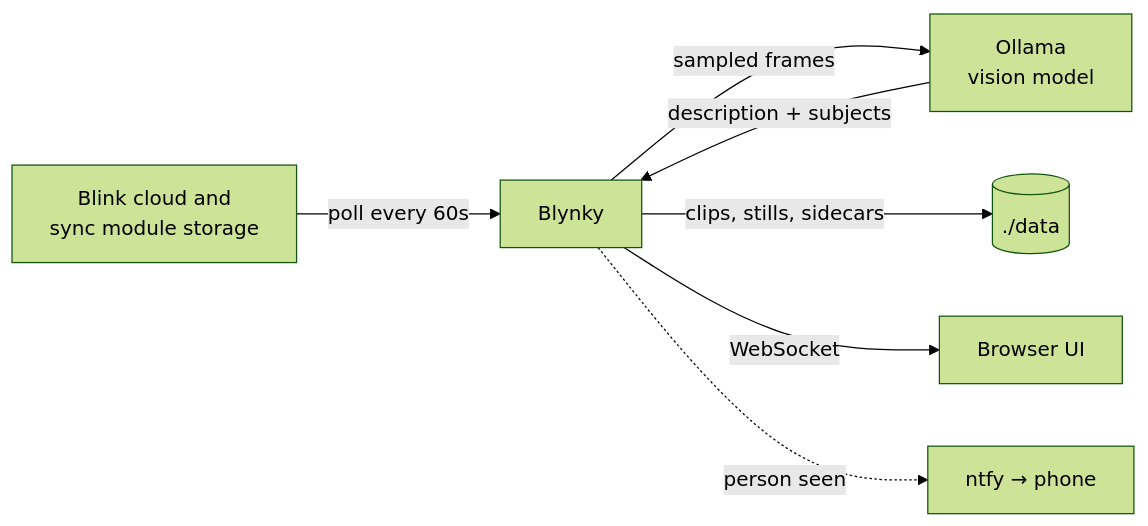
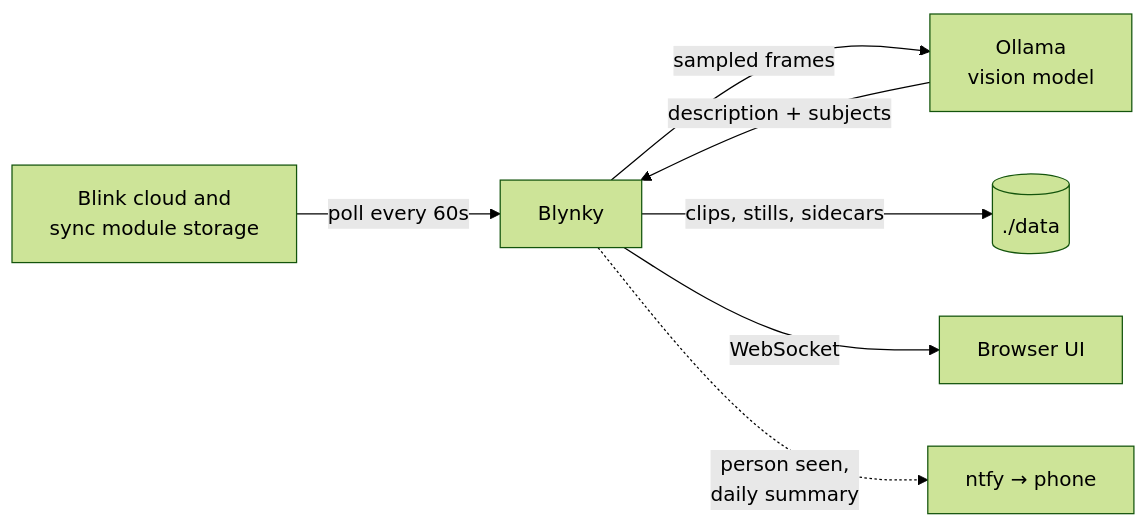
Before and after one commit to gudlyf/blynky: the diagram in README.md, drawn with Mermaid (forest theme). The commit also changed other lines of this file and 3 other files, not shown here.

````diff
--- a/README.md
+++ b/README.md
@@ -45,9 +46,9 @@
 ```mermaid
 flowchart LR
     B[Blink cloud and<br>sync module storage] -- poll every 60s --> M[Blynky]
     M -- sampled frames --> O[Ollama<br>vision model]
     O -- description + subjects --> M
     M -- clips, stills, sidecars --> D[(./data)]
     M -- WebSocket --> UI[Browser UI]
-    M -. person seen .-> N[ntfy → phone]
+    M -. person seen,<br>daily summary .-> N[ntfy → phone]
 ```
````
